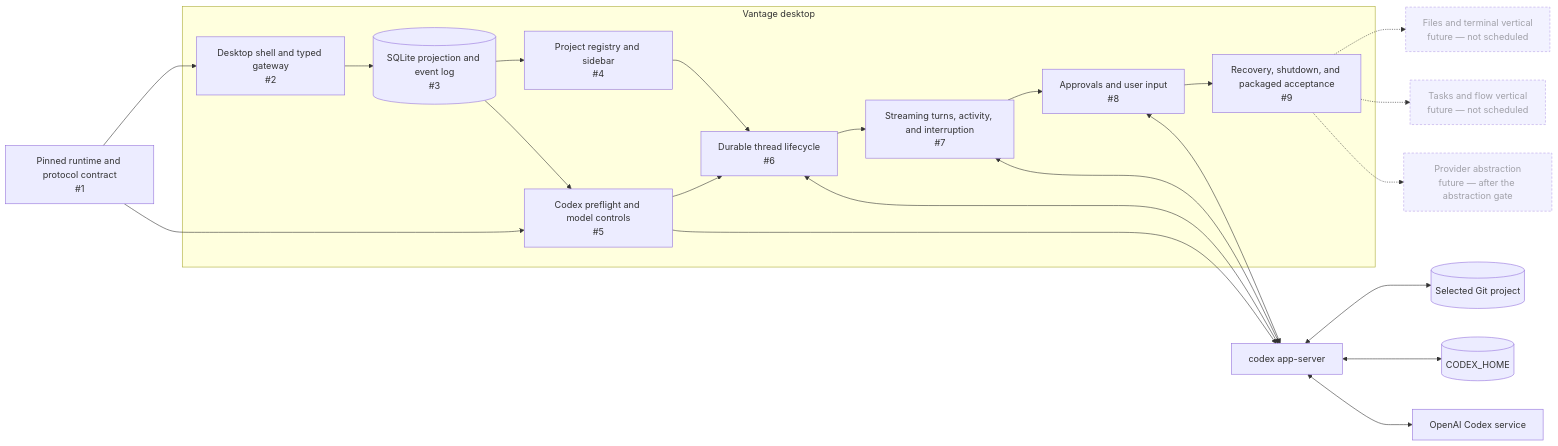
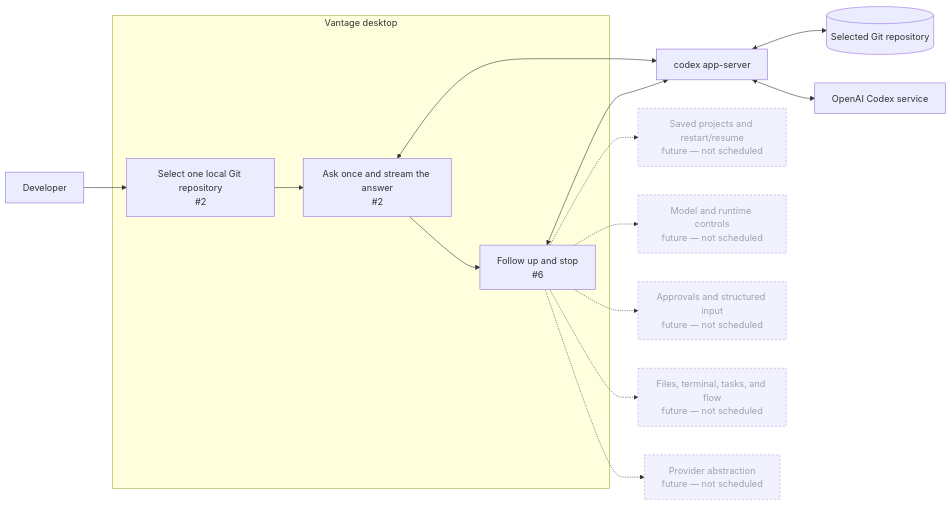
Before and after one commit to mabrax/vantage: the diagram in docs/milestones/01-codex-chat.md, drawn with Mermaid. The commit also changed other lines of this file and 7 other files, not shown here.

````diff
--- a/docs/milestones/01-codex-chat.md
+++ b/docs/milestones/01-codex-chat.md
@@ -12,51 +13,37 @@
 ```mermaid
 flowchart LR
-    CONTRACT["Pinned runtime and protocol contract<br/>#1"]
+    USER["Developer"]
 
     subgraph DESKTOP["Vantage desktop"]
-        SHELL["Desktop shell and typed gateway<br/>#2"]
-        STORE[("SQLite projection and event log<br/>#3")]
-        PROJECTS["Project registry and sidebar<br/>#4"]
-        CATALOG["Codex preflight and model controls<br/>#5"]
-        THREADS["Durable thread lifecycle<br/>#6"]
-        TURNS["Streaming turns, activity, and interruption<br/>#7"]
-        BLOCKING["Approvals and user input<br/>#8"]
-        EXIT["Recovery, shutdown, and packaged acceptance<br/>#9"]
+        PROJECT["Select one local Git repository<br/>#2"]
+        TURN["Ask once and stream the answer<br/>#2"]
+        CONVERSATION["Follow up and stop<br/>#6"]
 
-        SHELL --> STORE
-        STORE --> PROJECTS
-        STORE --> CATALOG
-        PROJECTS --> THREADS
-        CATALOG --> THREADS
-        THREADS --> TURNS
-        TURNS --> BLOCKING
-        BLOCKING --> EXIT
+        PROJECT --> TURN --> CONVERSATION
     end
 
-    CONTRACT --> SHELL
-    CONTRACT --> CATALOG
-
     CODEX["codex app-server"]
-    REPO[("Selected Git project")]
-    HOME[("CODEX_HOME")]
+    REPO[("Selected Git repository")]
     SERVICE["OpenAI Codex service"]
 
-    CATALOG --> CODEX
-    THREADS <--> CODEX
-    TURNS <--> CODEX
-    BLOCKING <--> CODEX
+    USER --> PROJECT
+    TURN <--> CODEX
+    CONVERSATION <--> CODEX
     CODEX <--> REPO
-    CODEX <--> HOME
     CODEX <--> SERVICE
 
-    FILES["Files and terminal vertical<br/>future — not scheduled"]
-    WORK["Tasks and flow vertical<br/>future — not scheduled"]
-    PROVIDERS["Provider abstraction<br/>future — after the abstraction gate"]
+    SAVED["Saved projects and restart/resume<br/>future — not scheduled"]
+    CONTROLS["Model and runtime controls<br/>future — not scheduled"]
+    BLOCKING["Approvals and structured input<br/>future — not scheduled"]
+    SURFACES["Files, terminal, tasks, and flow<br/>future — not scheduled"]
+    PROVIDERS["Provider abstraction<br/>future — not scheduled"]
 
-    EXIT -.-> FILES
-    EXIT -.-> WORK
-    EXIT -.-> PROVIDERS
+    CONVERSATION -.-> SAVED
+    CONVERSATION -.-> CONTROLS
+    CONVERSATION -.-> BLOCKING
+    CONVERSATION -.-> SURFACES
+    CONVERSATION -.-> PROVIDERS
 
     classDef future stroke-dasharray: 4 3,opacity:0.65;
-    class FILES,WORK,PROVIDERS future;
+    class SAVED,CONTROLS,BLOCKING,SURFACES,PROVIDERS future;
 ```
````
